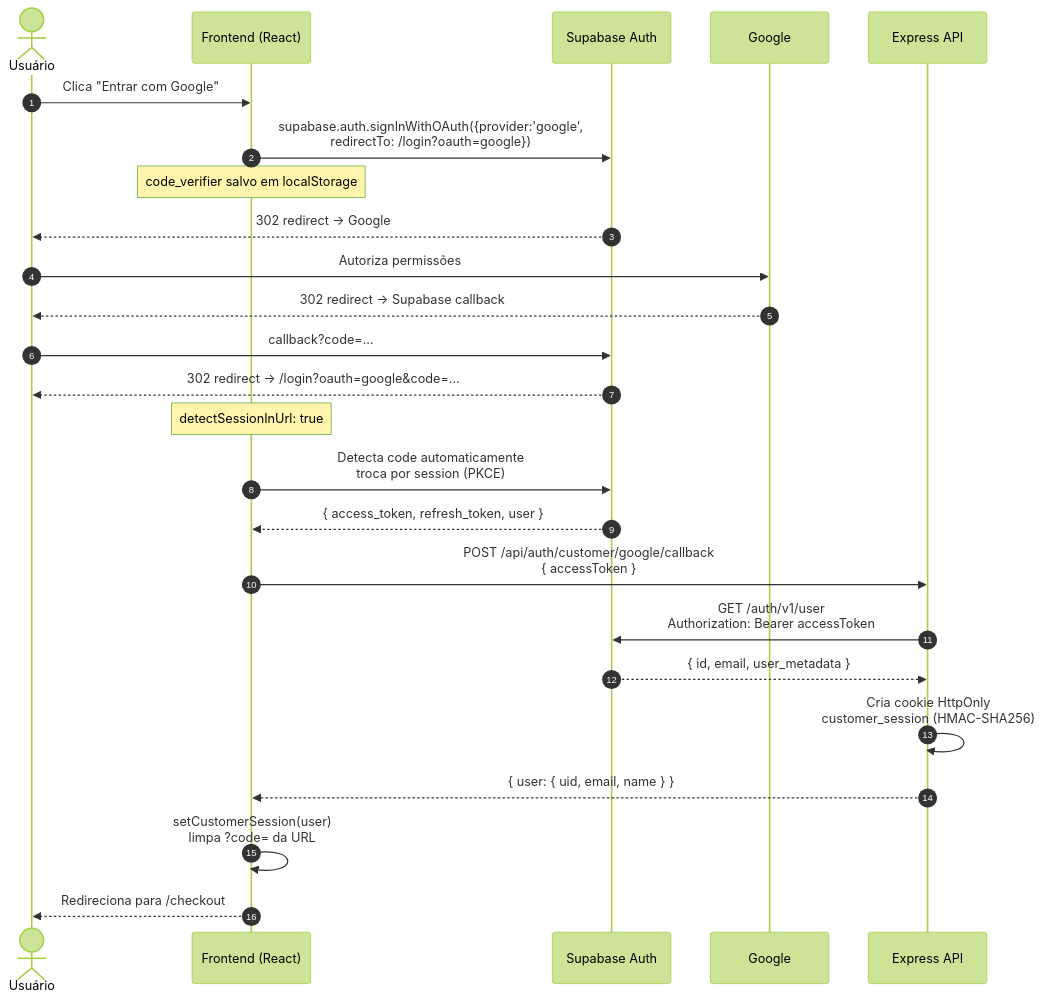
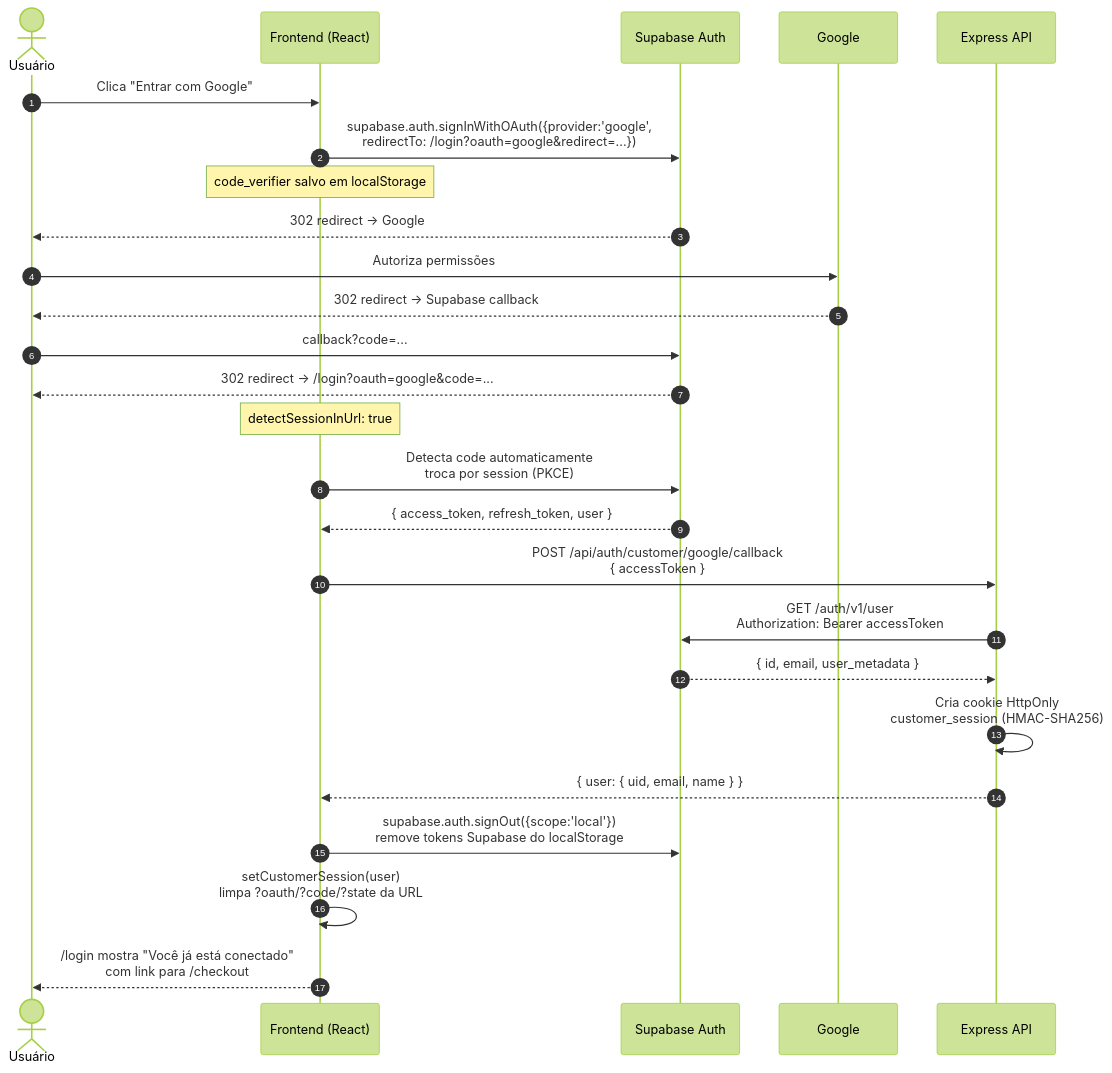
Before and after one commit to JoaoLuisC/Atelie-escolar: the second of 6 diagrams in docs/FLOWS.md, drawn with Mermaid (forest theme). The commit also changed other lines of this file and 158 other files, not shown here.

````diff
--- a/docs/FLOWS.md
+++ b/docs/FLOWS.md
@@ -53,28 +53,29 @@
 ```mermaid
 sequenceDiagram
     autonumber
     actor U as Usuário
     participant FE as Frontend (React)
     participant SB as Supabase Auth
     participant G as Google
     participant API as Express API
 
     U->>FE: Clica "Entrar com Google"
-    FE->>SB: supabase.auth.signInWithOAuth({provider:'google',<br/>redirectTo: /login?oauth=google})
+    FE->>SB: supabase.auth.signInWithOAuth({provider:'google',<br/>redirectTo: /login?oauth=google&redirect=...})
     Note over FE: code_verifier salvo em localStorage
     SB-->>U: 302 redirect → Google
     U->>G: Autoriza permissões
     G-->>U: 302 redirect → Supabase callback
     U->>SB: callback?code=...
     SB-->>U: 302 redirect → /login?oauth=google&code=...
     Note over FE: detectSessionInUrl: true
     FE->>SB: Detecta code automaticamente<br/>troca por session (PKCE)
     SB-->>FE: { access_token, refresh_token, user }
     FE->>API: POST /api/auth/customer/google/callback<br/>{ accessToken }
     API->>SB: GET /auth/v1/user<br/>Authorization: Bearer accessToken
     SB-->>API: { id, email, user_metadata }
     API->>API: Cria cookie HttpOnly<br/>customer_session (HMAC-SHA256)
     API-->>FE: { user: { uid, email, name } }
-    FE->>FE: setCustomerSession(user)<br/>limpa ?code= da URL
-    FE-->>U: Redireciona para /checkout
+    FE->>SB: supabase.auth.signOut({scope:'local'})<br/>remove tokens Supabase do localStorage
+    FE->>FE: setCustomerSession(user)<br/>limpa ?oauth/?code/?state da URL
+    FE-->>U: /login mostra "Você já está conectado"<br/>com link para /checkout
 ```
````
